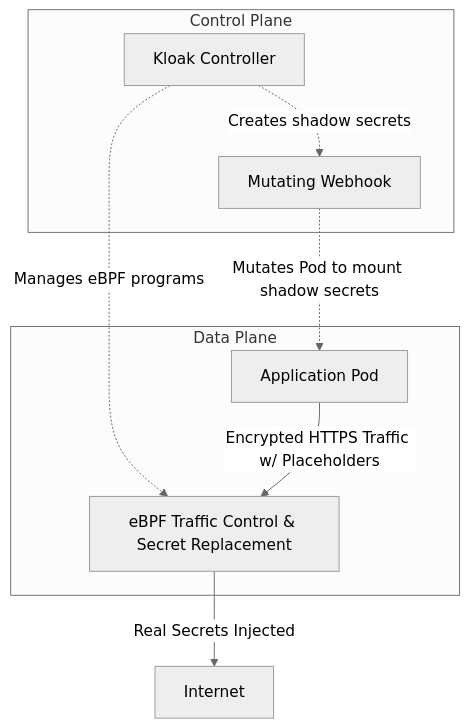
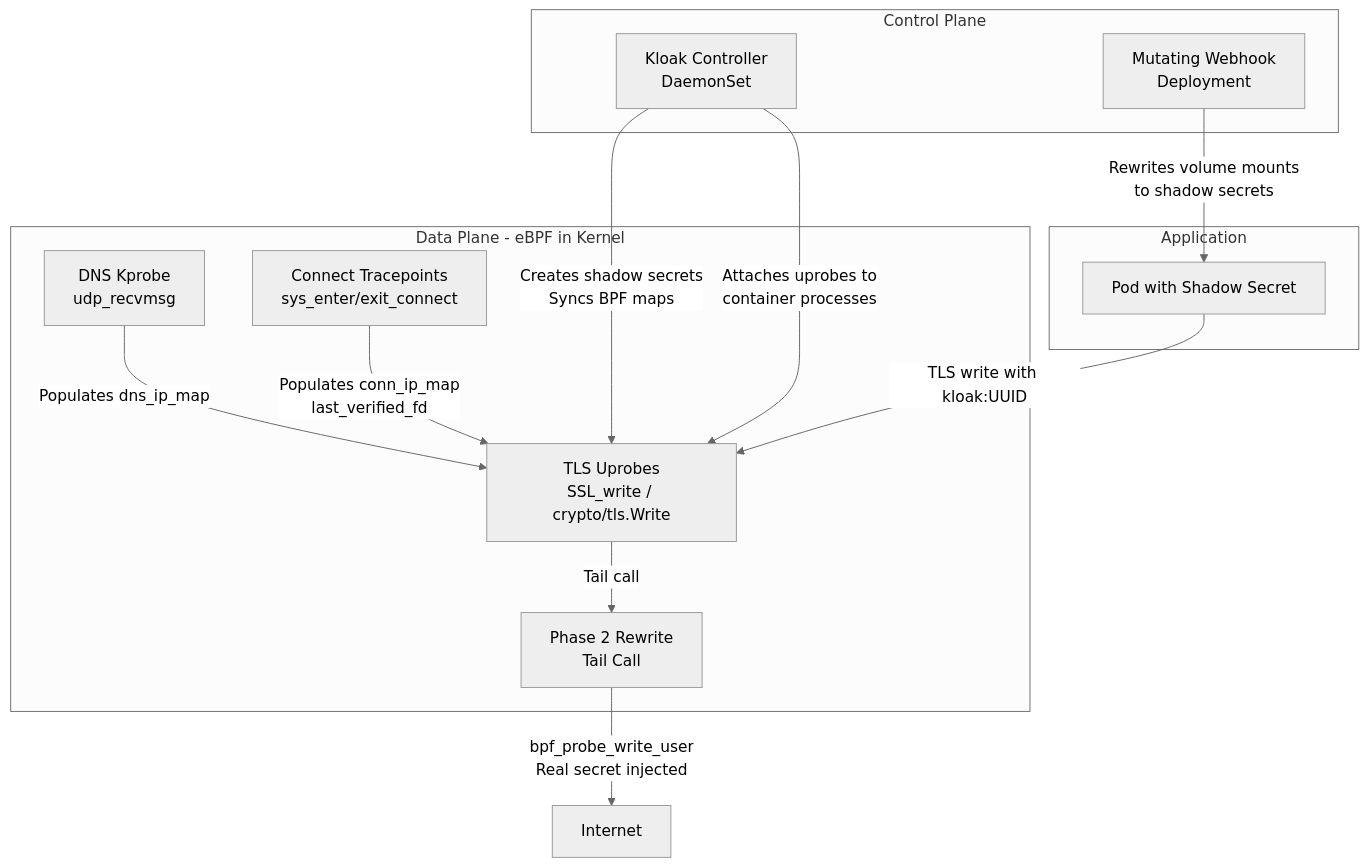
The first of 2 diagrams in README.md (spinningfactory/kloak), drawn with Mermaid (neutral theme) before and after one commit. The commit also changed other lines of this file, not shown here.

First line of the commit message:
docs: update README with DNS-verified trust chain and sequence diagram

````diff
--- a/README.md
+++ b/README.md
@@ -39,18 +39,27 @@
 ```mermaid
 graph TD
     subgraph Control Plane
-        C[Kloak Controller]
-        W[Mutating Webhook]
+        C[Kloak Controller<br/>DaemonSet]
+        W[Mutating Webhook<br/>Deployment]
     end
-    
-    subgraph Data Plane
-        P[Application Pod]
-        E[eBPF Traffic Control & Secret Replacement]
+
+    subgraph Data Plane - eBPF in Kernel
+        UP[TLS Uprobes<br/>SSL_write / crypto/tls.Write]
+        KP[DNS Kprobe<br/>udp_recvmsg]
+        TP[Connect Tracepoints<br/>sys_enter/exit_connect]
+        P2[Phase 2 Rewrite<br/>Tail Call]
     end
-    
-    C -.->|Creates shadow secrets| W
-    W -.->|Mutates Pod to mount shadow secrets| P
-    C -.->|Manages eBPF programs| E
-    P -->|Encrypted HTTPS Traffic w/ Placeholders| E
-    E -->|Real Secrets Injected| Internet
+
+    subgraph Application
+        P[Pod with Shadow Secret]
+    end
+
+    C -->|Creates shadow secrets<br/>Syncs BPF maps| UP
+    C -->|Attaches uprobes to<br/>container processes| UP
+    W -->|Rewrites volume mounts<br/>to shadow secrets| P
+    P -->|TLS write with kloak:UUID| UP
+    UP -->|Tail call| P2
+    P2 -->|bpf_probe_write_user<br/>Real secret injected| Internet
+    KP -->|Populates dns_ip_map| UP
+    TP -->|Populates conn_ip_map<br/>last_verified_fd| UP
 ```
````
